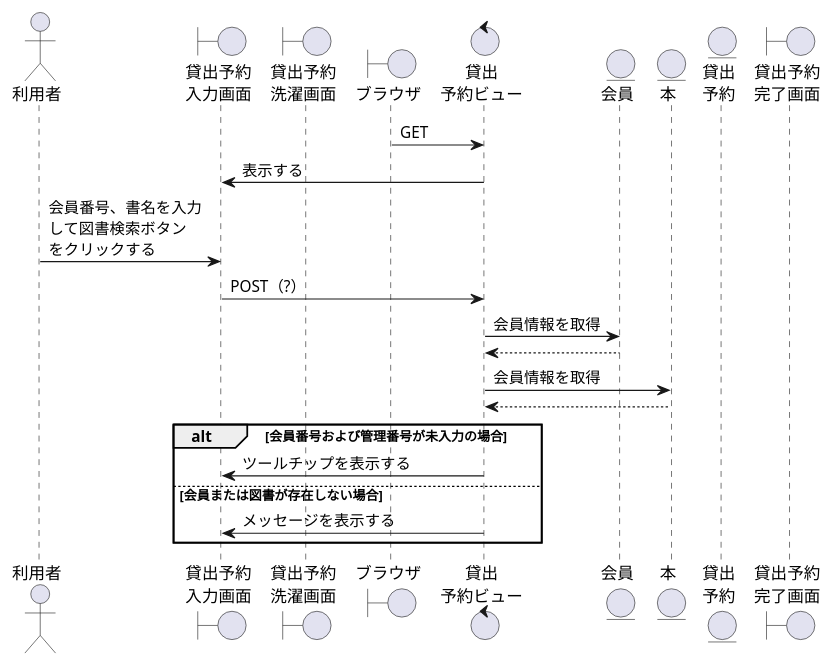
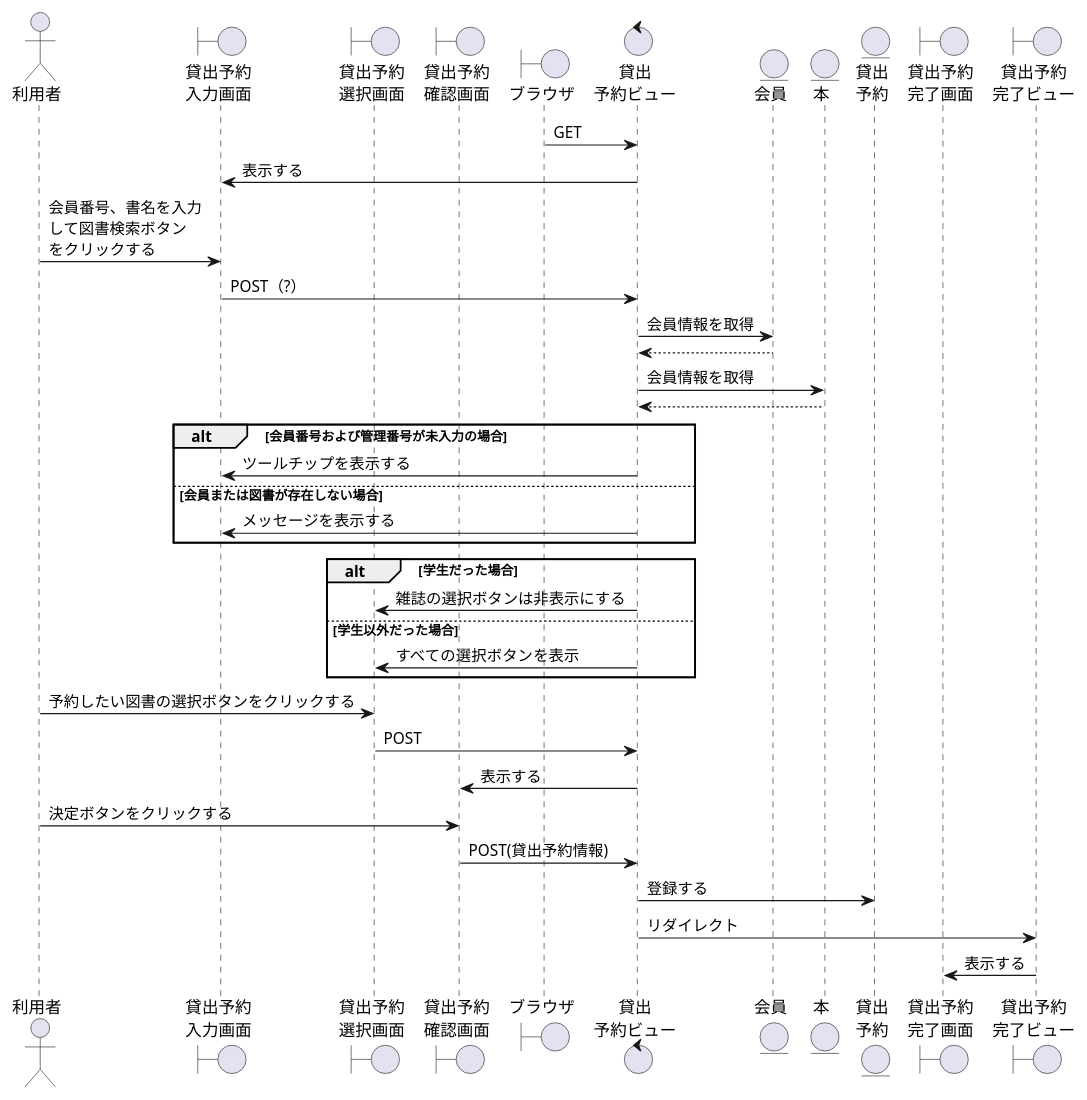
Before and after one commit to ysyk-wtnb16/team_D: the diagram in 効果測定/貸出予約.wsd, drawn with PlantUML.

Commit message:
貸出予約完成（仮）

```diff
--- a/効果測定/貸出予約.wsd
+++ b/効果測定/貸出予約.wsd
@@ -1,29 +1,43 @@
 @startuml KY
 
 actor "利用者" as user
 boundary "貸出予約\n入力画面" as KYKs
-boundary "貸出予約\n洗濯画面" as KYs
+boundary "貸出予約\n選択画面" as KYs
+boundary "貸出予約\n確認画面" as KYChecks
 boundary "ブラウザ" as brz
 control "貸出\n予約ビュー" as KYv
 entity "会員" as member
 entity "本" as book
 entity "貸出\n予約" as KY
 boundary "貸出予約\n完了画面" as KYOKs
+boundary "貸出予約\n完了ビュー" as KYOKv
  
 
 brz -> KYv: GET
 KYKs <- KYv: 表示する
 user -> KYKs: 会員番号、書名を入力\nして図書検索ボタン\nをクリックする
 KYKs -> KYv: POST（?）
 KYv -> member: 会員情報を取得
 KYv <-- member
 KYv -> book: 会員情報を取得
 KYv <-- book
 alt 会員番号および管理番号が未入力の場合
     KYKs <- KYv:ツールチップを表示する
 else 会員または図書が存在しない場合
     KYKs <- KYv:メッセージを表示する
 end
-
+alt 学生だった場合
+    KYs <- KYv:雑誌の選択ボタンは非表示にする
+else 学生以外だった場合
+    KYs <- KYv:すべての選択ボタンを表示
+end
+user -> KYs:予約したい図書の選択ボタンをクリックする
+KYs -> KYv:POST
+KYChecks <- KYv:表示する
+user -> KYChecks:決定ボタンをクリックする
+KYChecks -> KYv:POST(貸出予約情報)
+KYv -> KY:登録する
+KYv -> KYOKv:リダイレクト
+KYOKs <- KYOKv:表示する
 
 @enduml
```
